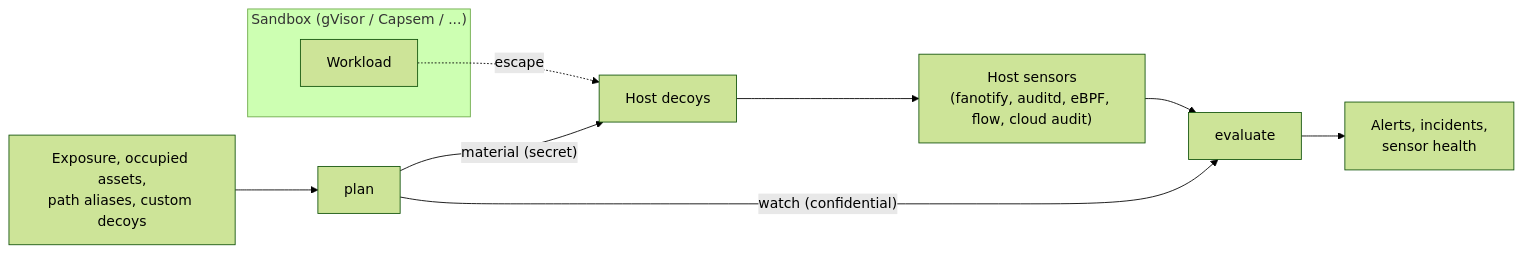
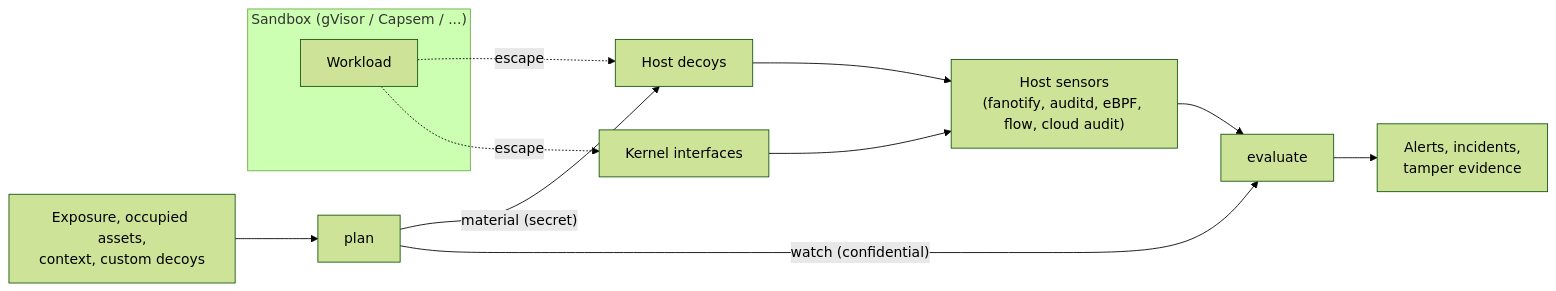
One commit to allsmog/sandbox-honeypot changed the diagram in components/sandbox-tripwire/component.md. Above: the diagram before and after it, drawn with Mermaid (forest theme). The commit also changed other lines of this file and 8 other files, not shown here.

````diff
--- a/components/sandbox-tripwire/component.md
+++ b/components/sandbox-tripwire/component.md
@@ -63,13 +63,15 @@
 ```mermaid
 flowchart LR
     subgraph Sandbox["Sandbox (gVisor / Capsem / ...)"]
         W["Workload"]
     end
     W -. "escape" .-> D["Host decoys"]
-    X["Exposure, occupied assets,<br/>path aliases, custom decoys"] --> P["plan"]
+    W -. "escape" .-> K
+    X["Exposure, occupied assets,<br/>context, custom decoys"] --> P["plan"]
     P -- "material (secret)" --> D
     P -- "watch (confidential)" --> E["evaluate"]
+    K["Kernel interfaces"] --> S
     D --> S["Host sensors<br/>(fanotify, auditd, eBPF, flow, cloud audit)"]
     S --> E
-    E --> A["Alerts, incidents,<br/>sensor health"]
+    E --> A["Alerts, incidents,<br/>tamper evidence"]
 ```
````
